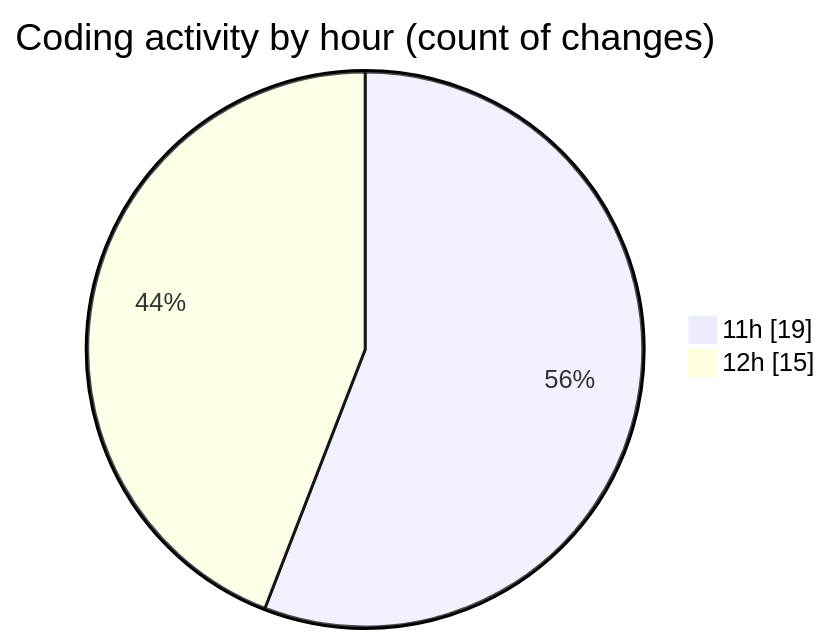
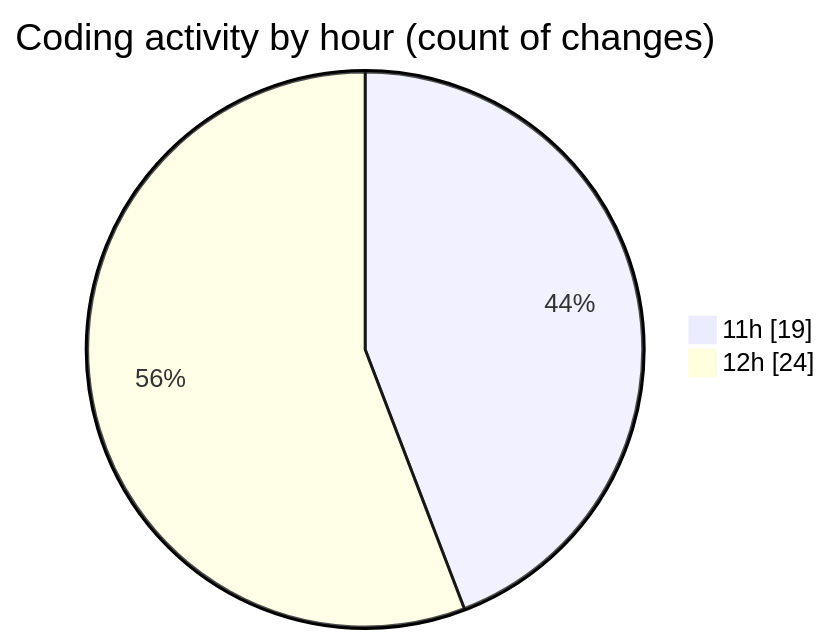
The second of 2 diagrams in 2025-10-20/scopecraft/README.md (Ritupan-Deka/code-tracking), drawn with Mermaid before and after one commit. The commit also changed other lines of this file and 1 other file, not shown here.

````diff
--- a/2025-10-20/scopecraft/README.md
+++ b/2025-10-20/scopecraft/README.md
@@ -35,6 +37,6 @@
 ```mermaid
 pie showData
 title Coding activity by hour (count of changes)
 "11h" : 19
-"12h" : 15
+"12h" : 24
 ```
````
